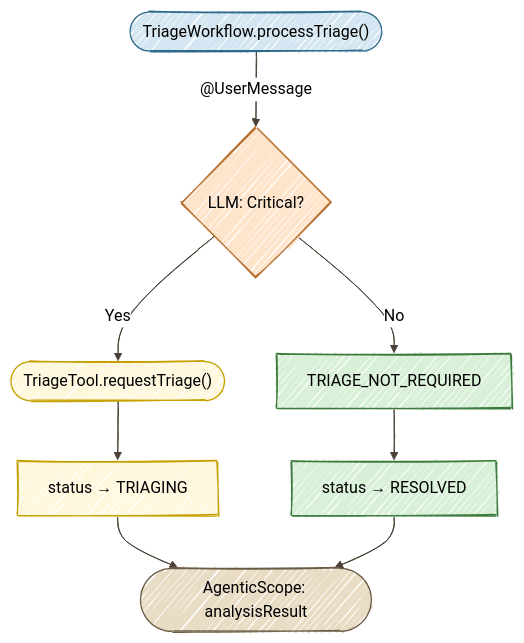
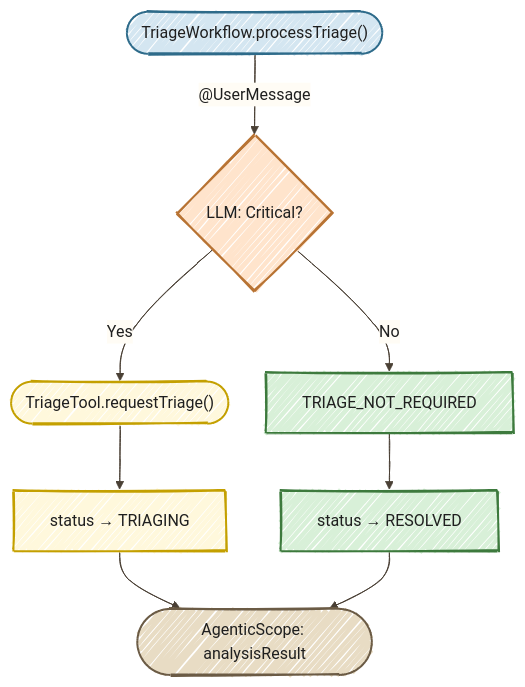
Before and after one commit to danieloh30/techxchange-2026-quarkus-bob-lab: the diagram in docs/01-first-agent/START_HERE.md, drawn with Mermaid. The commit also changed 7 other files, not shown here.

Commit message:
Improve hand-drawn Mermaid readability in light and dark modes

````diff
--- a/docs/01-first-agent/START_HERE.md
+++ b/docs/01-first-agent/START_HERE.md
@@ -156,23 +156,23 @@
 ```mermaid
-%%{init: {'look':'handDrawn','theme':'neutral','themeVariables': {'lineColor':'#4A4035'}}}%%
+%%{init: {'look':'handDrawn','theme':'base','themeVariables': {'darkMode':false,'background':'#FFFCF5','primaryTextColor':'#1F1F1F','secondaryTextColor':'#1F1F1F','tertiaryTextColor':'#1F1F1F','textColor':'#1F1F1F','lineColor':'#4A4035','edgeLabelBackground':'#FFFCF5','clusterBkg':'#F5F5F0','clusterBorder':'#6B5B45','fontSize':'16px'},'flowchart': {'nodeSpacing':35,'rankSpacing':55,'padding':18}}}%%
 flowchart TD
     A(["TriageWorkflow.processTriage()"])
     B{"LLM: Critical?"}
     C(["TriageTool.requestTriage()"])
     D["status → TRIAGING"]
     E["TRIAGE_NOT_REQUIRED"]
     F["status → RESOLVED"]
     G(["AgenticScope: analysisResult"])
 
     A -->|"@UserMessage"| B
     B -->|Yes| C --> D --> G
     B -->|No| E --> F --> G
 
-    style A fill:#D4E6F1,stroke:#2E6B8A
-    style B fill:#FFE4CC,stroke:#B87333
-    style C fill:#FFF8DC,stroke:#C4A000
-    style D fill:#FFF8DC,stroke:#C4A000
-    style E fill:#D8F0D8,stroke:#3D7A3D
-    style F fill:#D8F0D8,stroke:#3D7A3D
-    style G fill:#E8DCC4,stroke:#6B5B45
+    style A fill:#D4E6F1,stroke:#2E6B8A,color:#1F1F1F,stroke-width:2px
+    style B fill:#FFE4CC,stroke:#B87333,color:#1F1F1F,stroke-width:2px
+    style C fill:#FFF8DC,stroke:#C4A000,color:#1F1F1F,stroke-width:2px
+    style D fill:#FFF8DC,stroke:#C4A000,color:#1F1F1F,stroke-width:2px
+    style E fill:#D8F0D8,stroke:#3D7A3D,color:#1F1F1F,stroke-width:2px
+    style F fill:#D8F0D8,stroke:#3D7A3D,color:#1F1F1F,stroke-width:2px
+    style G fill:#E8DCC4,stroke:#6B5B45,color:#1F1F1F,stroke-width:2px
 ```
````
